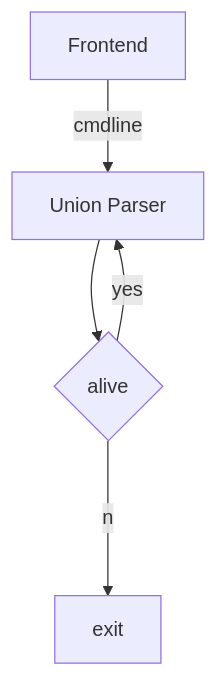
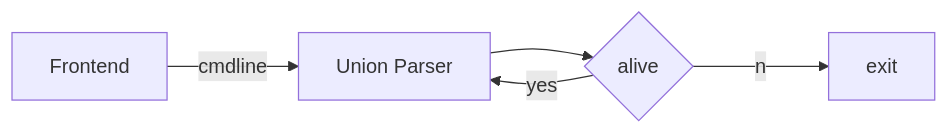
The fourth of 5 diagrams in README.md (FunningC0217/UnionParser), drawn with Mermaid before and after one commit. The commit also changed other lines of this file, not shown here.

````diff
--- a/README.md
+++ b/README.md
@@ -42,6 +42,6 @@
 ```mermaid
-graph TD;
+graph LR;
 A[Frontend]--cmdline-->UP[Union Parser]
 UP-->Q{alive}--yes-->UP
 Q--no-->exit
 ```
````
